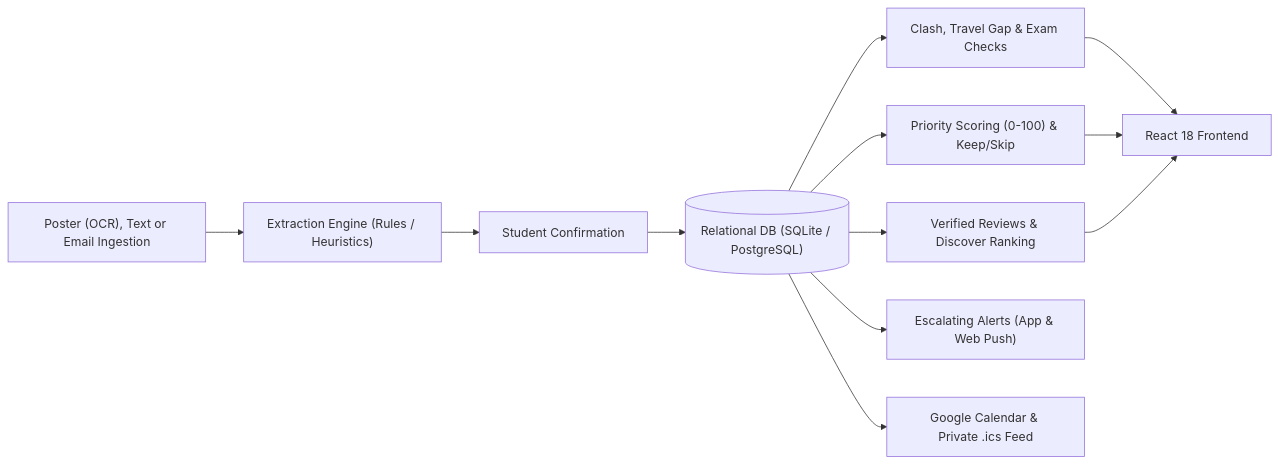
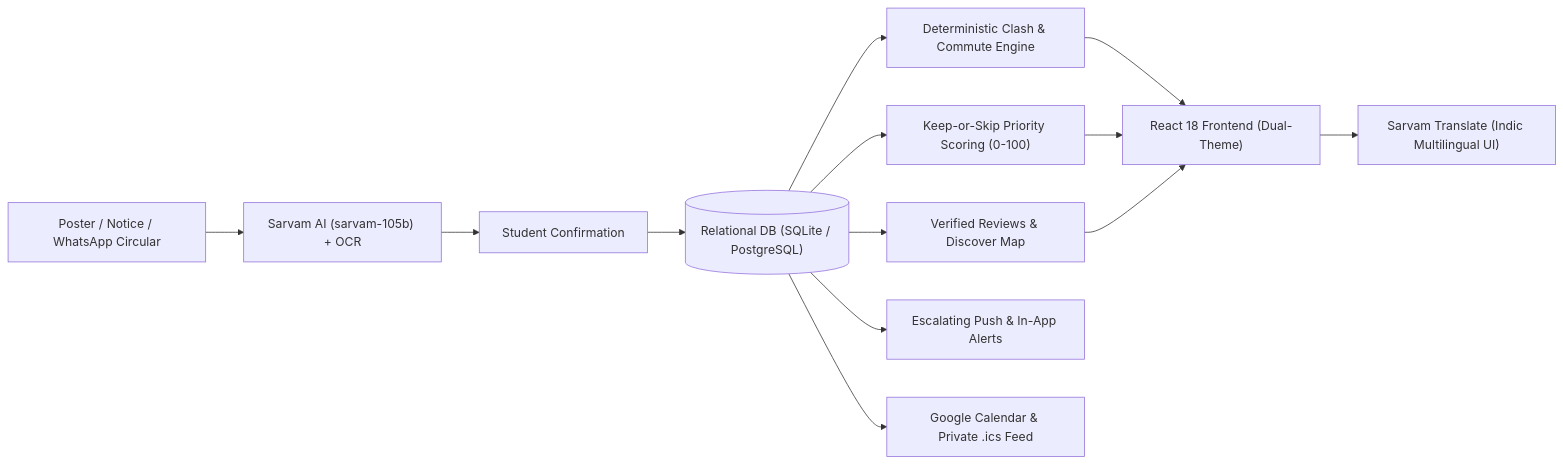
The diagram in README.md (manavsetia008/Eventure), drawn with Mermaid before and after one commit. The commit also changed other lines of this file and 4 other files, not shown here.

Commit message:
feat: integrate Sarvam Indic AI models, translation API, and updated docs

````diff
--- a/README.md
+++ b/README.md
@@ -30,14 +31,15 @@
 ```mermaid
 flowchart LR
-  A["Poster (OCR), Text or Email Ingestion"] --> B["Extraction Engine (Rules / Heuristics)"]
+  A["Poster / Notice / WhatsApp Circular"] --> B["Sarvam AI (sarvam-105b) + OCR"]
   B --> C["Student Confirmation"]
   C --> D[("Relational DB (SQLite / PostgreSQL)")]
-  D --> E["Clash, Travel Gap & Exam Checks"]
-  D --> F["Priority Scoring (0-100) & Keep/Skip"]
-  D --> G["Verified Reviews & Discover Ranking"]
-  E --> H["React 18 Frontend"]
+  D --> E["Deterministic Clash & Commute Engine"]
+  D --> F["Keep-or-Skip Priority Scoring (0-100)"]
+  D --> G["Verified Reviews & Discover Map"]
+  E --> H["React 18 Frontend (Dual-Theme)"]
   F --> H
   G --> H
-  D --> I["Escalating Alerts (App & Web Push)"]
+  H --> K["Sarvam Translate (Indic Multilingual UI)"]
+  D --> I["Escalating Push & In-App Alerts"]
   D --> J["Google Calendar & Private .ics Feed"]
 ```
````
